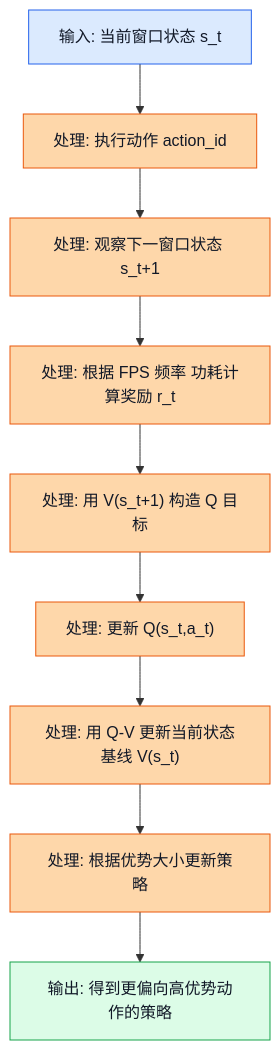
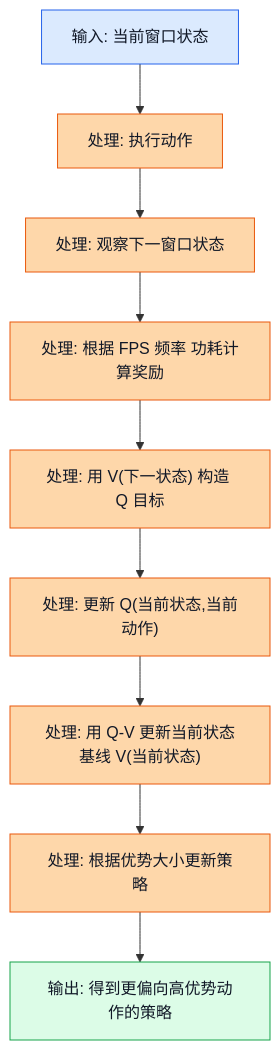
The fifth of 6 diagrams in learn/16_IQL.md (Mrphase/RL-Doc), drawn with Mermaid before and after one commit. The commit also changed 14 other files, not shown here.

First line of the commit message:
fix: clean mermaid labels in learn docs

````diff
--- a/learn/16_IQL.md
+++ b/learn/16_IQL.md
@@ -961,19 +961,19 @@
 ```mermaid
 flowchart TD
-    A["输入: 当前窗口状态 s_t"] --> B["处理: 执行动作 action_id"]
-    B --> C["处理: 观察下一窗口状态 s_t+1"]
-    C --> D["处理: 根据 FPS 频率 功耗计算奖励 r_t"]
-    D --> E["处理: 用 V(s_t+1) 构造 Q 目标"]
-    E --> F["处理: 更新 Q(s_t,a_t)"]
-    F --> G["处理: 用 Q-V 更新当前状态基线 V(s_t)"]
+    A["输入: 当前窗口状态"] --> B["处理: 执行动作"]
+    B --> C["处理: 观察下一窗口状态"]
+    C --> D["处理: 根据 FPS 频率 功耗计算奖励"]
+    D --> E["处理: 用 V(下一状态) 构造 Q 目标"]
+    E --> F["处理: 更新 Q(当前状态,当前动作)"]
+    F --> G["处理: 用 Q-V 更新当前状态基线 V(当前状态)"]
     G --> H["处理: 根据优势大小更新策略"]
     H --> I["输出: 得到更偏向高优势动作的策略"]
 
     classDef input fill:#dbeafe,stroke:#2563eb,color:#111827;
     classDef process fill:#fed7aa,stroke:#ea580c,color:#111827;
     classDef output fill:#dcfce7,stroke:#16a34a,color:#111827;
 
     class A input;
     class B,C,D,E,F,G,H process;
     class I output;
 ```
````
